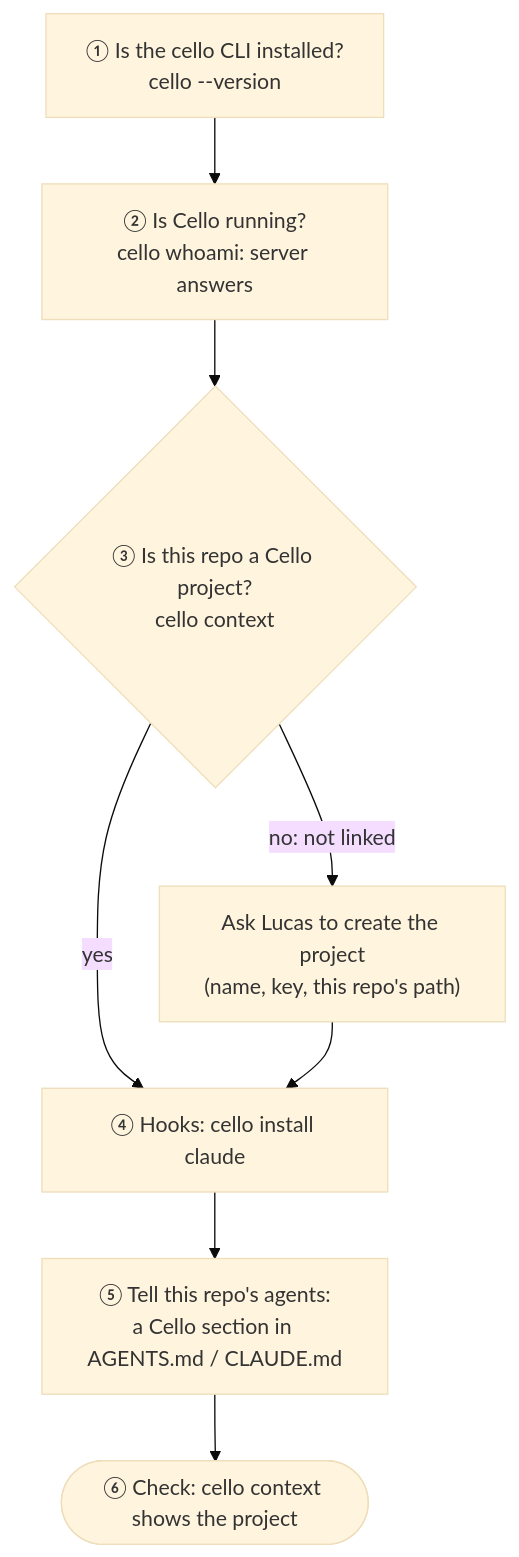
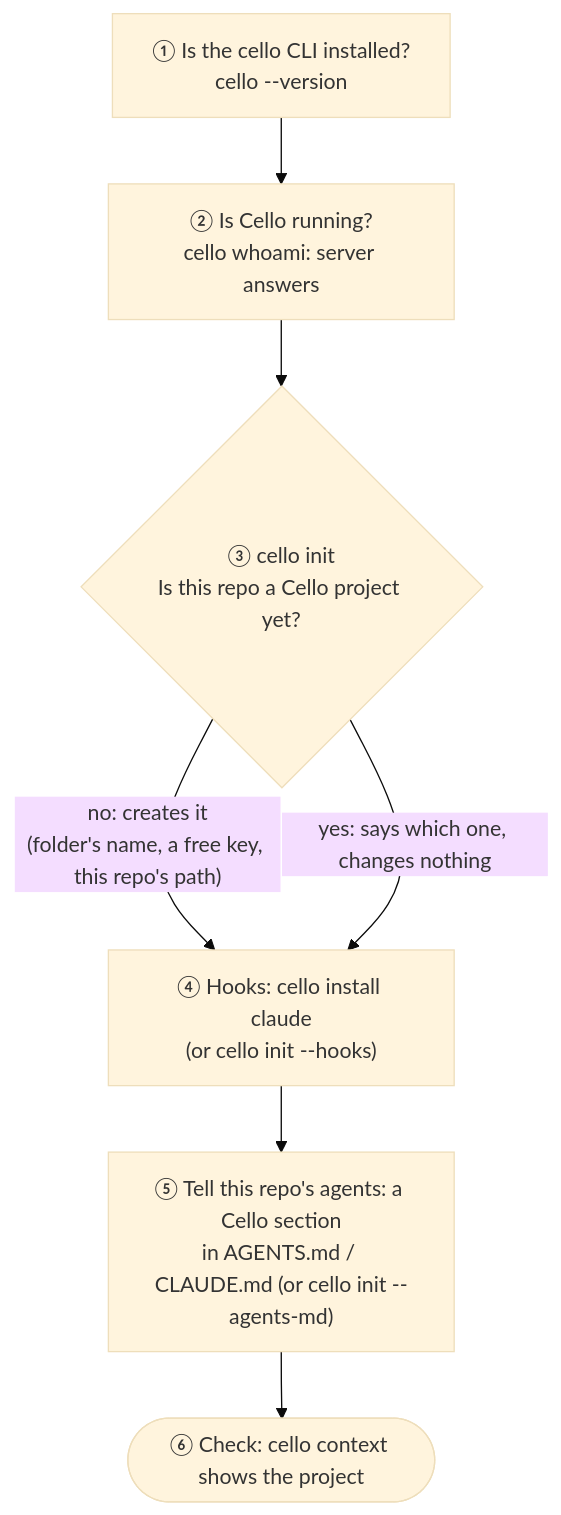
One commit to lnmunhoz/cello changed the diagram in docs/cli.md. Above: the diagram before and after it, drawn with Mermaid (base theme). The commit also changed other lines of this file and 14 other files, not shown here.

First line of the commit message:
feat(cli): cello init sets up a repo as a Cello project by itself (CEL-41)

````diff
--- a/docs/cli.md
+++ b/docs/cli.md
@@ -11,10 +11,9 @@
 ```mermaid
 flowchart TD
     A["① Is the cello CLI installed?<br/>cello --version"] --> B["② Is Cello running?<br/>cello whoami: server answers"]
-    B --> C{"③ Is this repo a Cello project?<br/>cello context"}
-    C -->|yes| E
-    C -->|"no: not linked"| D["Ask Lucas to create the project<br/>(name, key, this repo's path)"]
-    D --> E["④ Hooks: cello install claude"]
-    E --> F["⑤ Tell this repo's agents:<br/>a Cello section in AGENTS.md / CLAUDE.md"]
+    B --> C{"③ cello init<br/>Is this repo a Cello project yet?"}
+    C -->|"no: creates it<br/>(folder's name, a free key, this repo's path)"| E
+    C -->|"yes: says which one, changes nothing"| E
+    E["④ Hooks: cello install claude<br/>(or cello init --hooks)"] --> F["⑤ Tell this repo's agents: a Cello section<br/>in AGENTS.md / CLAUDE.md (or cello init --agents-md)"]
     F --> G(["⑥ Check: cello context shows the project"])
 ```
````
